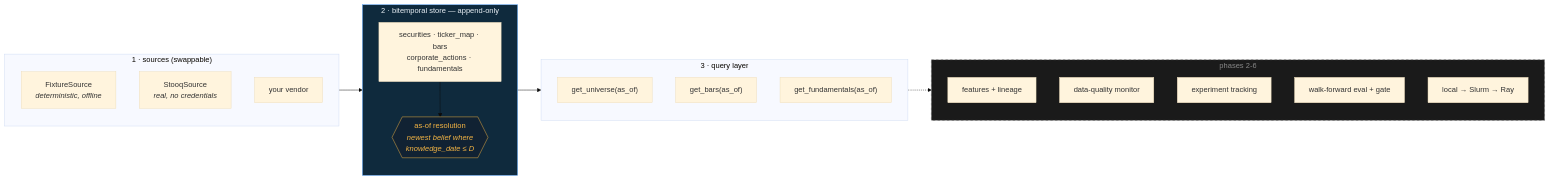
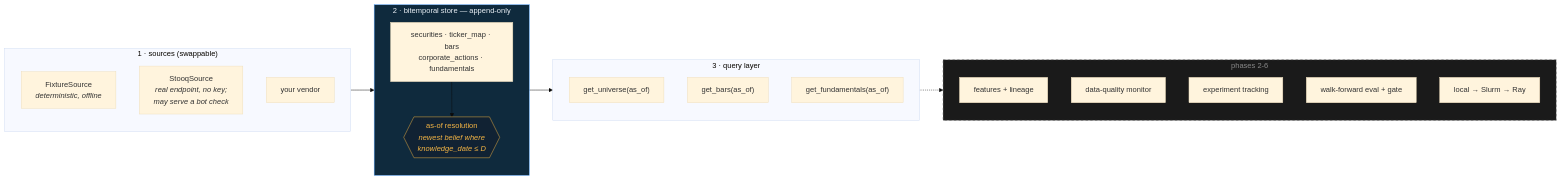
One commit to Zhanyl-tech/research-platform changed the diagram in README.md. Above: the diagram before and after it, drawn with Mermaid (base theme). The commit also changed other lines of this file and 33 other files, not shown here.

````diff
--- a/README.md
+++ b/README.md
@@ -10,37 +10,37 @@
 ```mermaid
 flowchart LR
     subgraph SRC["1 · sources (swappable)"]
         FIX["FixtureSource<br/><i>deterministic, offline</i>"]
-        STQ["StooqSource<br/><i>real, no credentials</i>"]
+        STQ["StooqSource<br/><i>real endpoint, no key;<br/>may serve a bot check</i>"]
         NEW["your vendor"]
     end
 
     subgraph STORE["2 · bitemporal store — append-only"]
         direction TB
         TBL["securities · ticker_map · bars<br/>corporate_actions · fundamentals"]
         ASOF{{"as-of resolution<br/><i>newest belief where<br/>knowledge_date ≤ D</i>"}}
         TBL --> ASOF
     end
 
     subgraph API["3 · query layer"]
         UNI["get_universe(as_of)"]
         BAR["get_bars(as_of)"]
         FUN["get_fundamentals(as_of)"]
     end
 
     SRC --> STORE --> API
 
     subgraph LATER["phases 2-6"]
         F["features + lineage"]
         Q["data-quality monitor"]
         E["experiment tracking"]
         V["walk-forward eval + gate"]
         S["local → Slurm → Ray"]
     end
 
     API -.-> LATER
 
     style STORE fill:#0f2a3d,stroke:#58a6ff,color:#e9eff5
     style ASOF fill:#123,stroke:#f5b544,color:#f5b544
     style LATER fill:#1a1a1a,stroke:#555,color:#888,stroke-dasharray: 5 5
 ```
````
